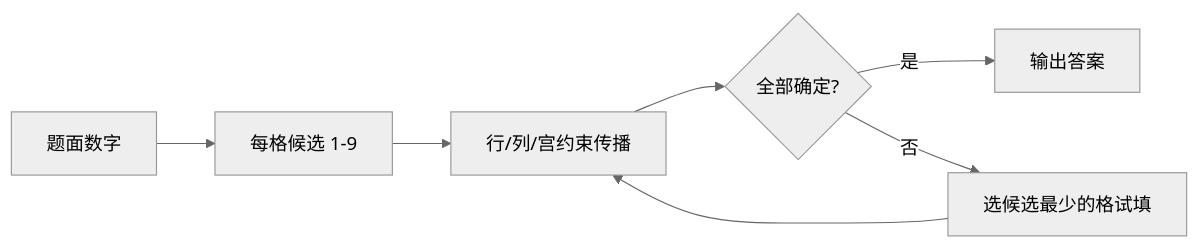
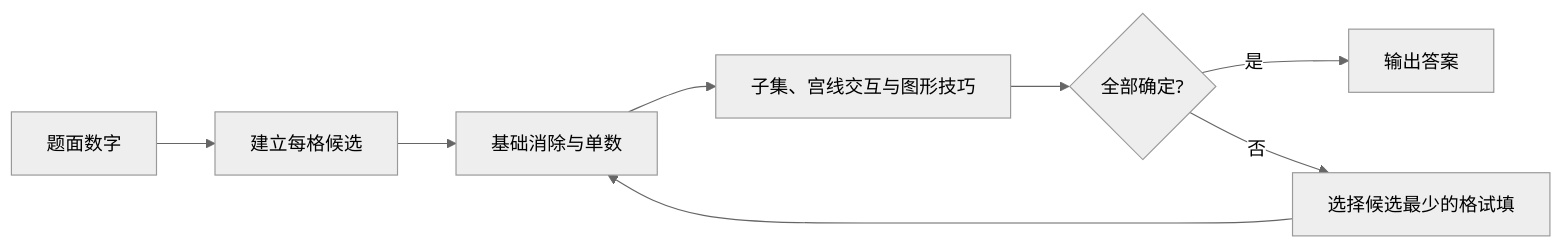
The diagram in packages/sudoku/docs/strategies.md (HakurouKen/puzzle-solver), drawn with Mermaid (neutral theme) before and after one commit. The commit also changed other lines of this file and 3 other files, not shown here.

````diff
--- a/packages/sudoku/docs/strategies.md
+++ b/packages/sudoku/docs/strategies.md
@@ -9,9 +9,10 @@
 ```mermaid
 flowchart LR
-  A[题面数字] --> B[每格候选 1-9]
-  B --> C[行/列/宫约束传播]
-  C --> D{全部确定?}
-  D -- 是 --> E[输出答案]
-  D -- 否 --> F[选候选最少的格试填]
-  F --> C
+  A[题面数字] --> B[建立每格候选]
+  B --> C[基础消除与单数]
+  C --> D[子集、宫线交互与图形技巧]
+  D --> E{全部确定?}
+  E -- 是 --> F[输出答案]
+  E -- 否 --> G[选择候选最少的格试填]
+  G --> C
 ```
````
